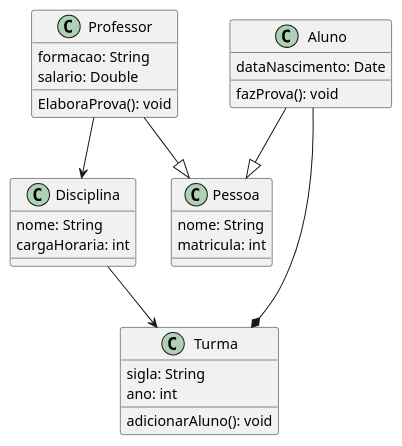
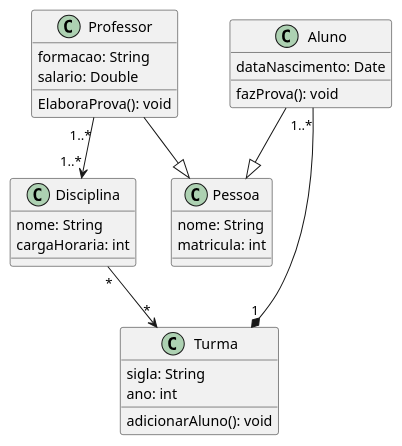
Before and after one commit to gabrielalmeida-ifpi/analise_p_de_sistemas: the diagram in Projeto_Instituição/instituicao.plantuml, drawn with PlantUML.

```diff
--- a/Projeto_Instituição/instituicao.plantuml
+++ b/Projeto_Instituição/instituicao.plantuml
@@ -1,37 +1,37 @@
 @startuml Instituição
 
 class Pessoa {
     nome: String
     matricula: int
 }
 
 class Professor {
     formacao: String
     salario: Double
     ElaboraProva(): void
 }
 
 class Aluno {
     dataNascimento: Date
     fazProva(): void
 }
 
 class Turma {
     sigla: String
     ano: int
     adicionarAluno(): void
 }
 
 class Disciplina {
     nome: String
     cargaHoraria: int
 }
 
 Professor --|> Pessoa
 Aluno --|> Pessoa
-Aluno --* Turma
-Professor --> Disciplina
-Disciplina --> Turma
+Aluno "1..*" --* "1" Turma 
+Professor "1..*" --> "1..*" Disciplina
+Disciplina "*" --> "*" Turma
 
 
 @enduml
```
